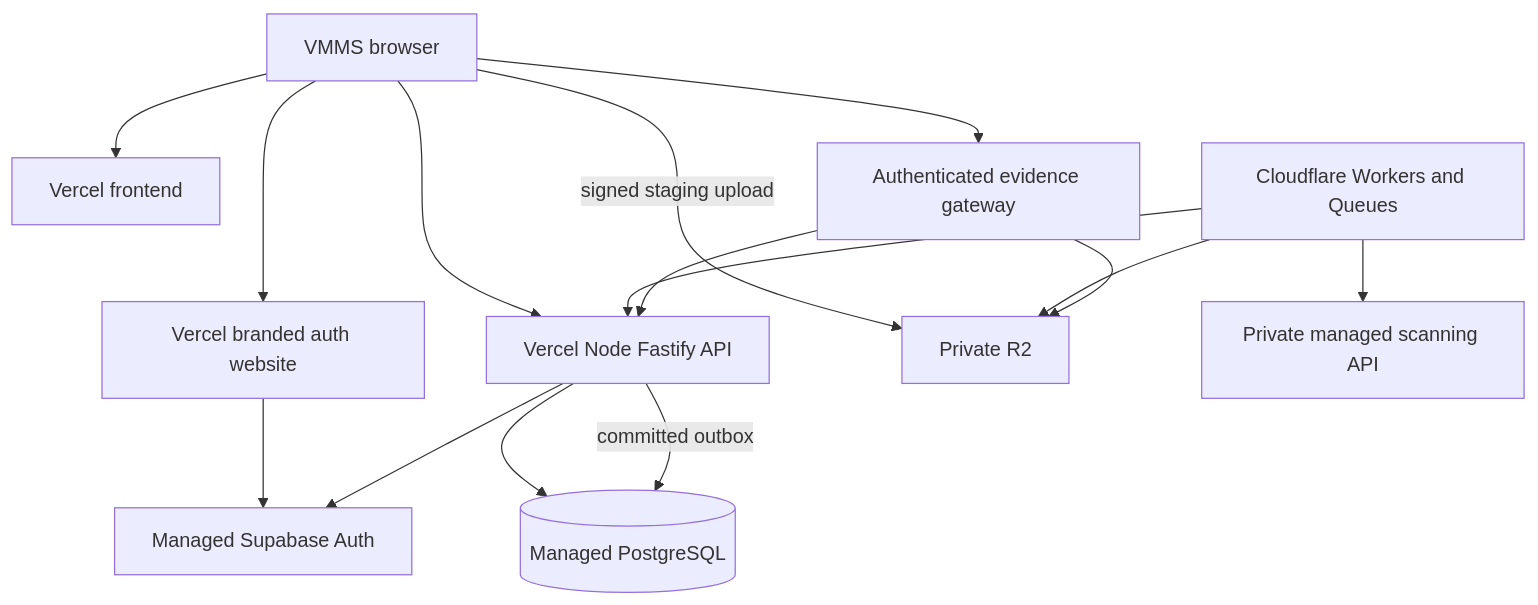
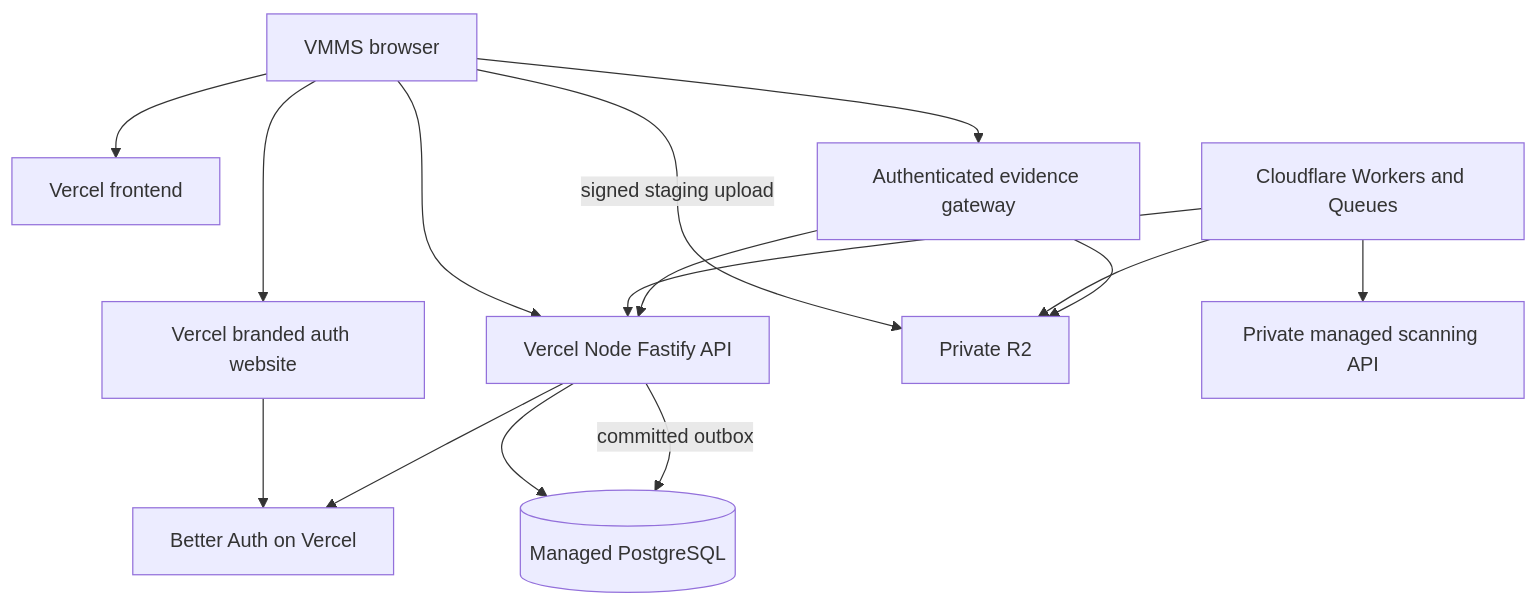
One commit to pekay23/raymond-gray-vmms changed the diagram in docs/delivery/managed-services-redesign-plan-2026-11-16.md. Above: the diagram before and after it, drawn with Mermaid. The commit also changed other lines of this file and 302 other files, not shown here.

```diff
--- a/docs/delivery/managed-services-redesign-plan-2026-11-16.md
+++ b/docs/delivery/managed-services-redesign-plan-2026-11-16.md
@@ -32,17 +32,17 @@
 ~~~mermaid
 flowchart TD
     Browser[VMMS browser] --> Web[Vercel frontend]
     Browser --> API[Vercel Node Fastify API]
     Browser --> Login[Vercel branded auth website]
-    Login --> IDP[Managed Supabase Auth]
+    Login --> IDP[Better Auth on Vercel]
     API --> IDP
     API --> DB[(Managed PostgreSQL)]
     Browser -->|signed staging upload| R2[Private R2]
     API -->|committed outbox| DB
     Jobs[Cloudflare Workers and Queues] --> API
     Jobs --> R2
     Jobs --> Scanner[Private managed scanning API]
     Gateway[Authenticated evidence gateway] --> API
     Gateway --> R2
     Browser --> Gateway
 ~~~
```
